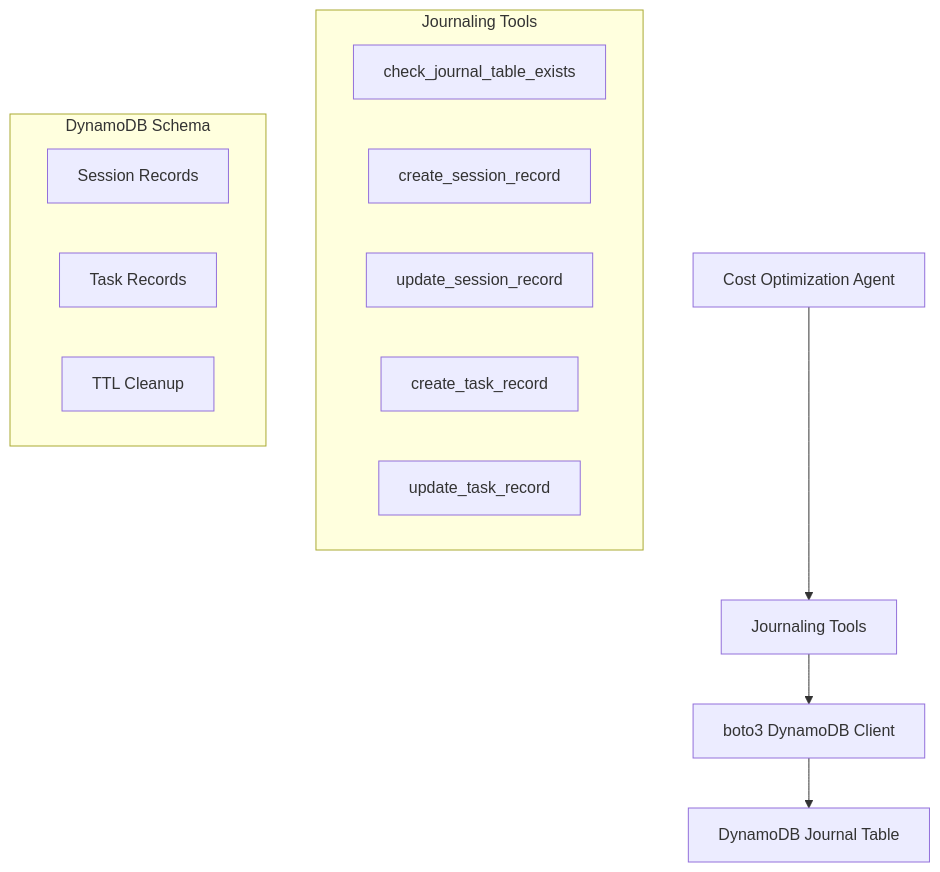
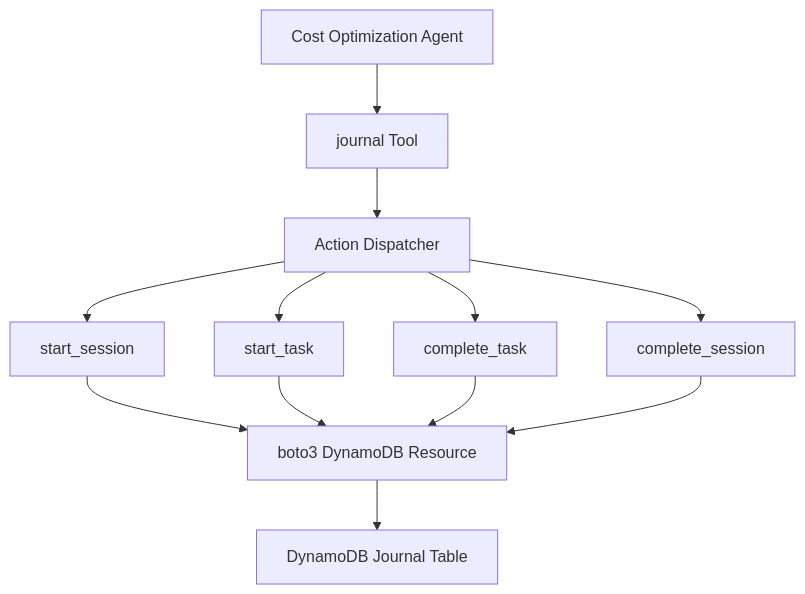
One commit to aws-samples/sample-agentic-cost-optimizer changed the diagram in .kiro/specs/agent-dynamodb-journaling/design.md. Above: the diagram before and after it, drawn with Mermaid. The commit also changed other lines of this file and 1 other file, not shown here.

````diff
--- a/.kiro/specs/agent-dynamodb-journaling/design.md
+++ b/.kiro/specs/agent-dynamodb-journaling/design.md
@@ -21,20 +13,14 @@
 ```mermaid
 graph TB
-    A[Cost Optimization Agent] --> B[Journaling Tools]
-    B --> C[boto3 DynamoDB Client]
-    C --> D[DynamoDB Journal Table]
-    
-    subgraph "Journaling Tools"
-        E[check_journal_table_exists]
-        F[create_session_record]
-        G[update_session_record]
-        H[create_task_record]
-        I[update_task_record]
-    end
-    
-    subgraph "DynamoDB Schema"
-        J[Session Records]
-        K[Task Records]
-        L[TTL Cleanup]
-    end
+    A[Cost Optimization Agent] --> B[journal Tool]
+    B --> C[Action Dispatcher]
+    C --> D[start_session]
+    C --> E[start_task]
+    C --> F[complete_task]
+    C --> G[complete_session]
+    D --> H[boto3 DynamoDB Resource]
+    E --> H
+    F --> H
+    G --> H
+    H --> I[DynamoDB Journal Table]
 ```
````
